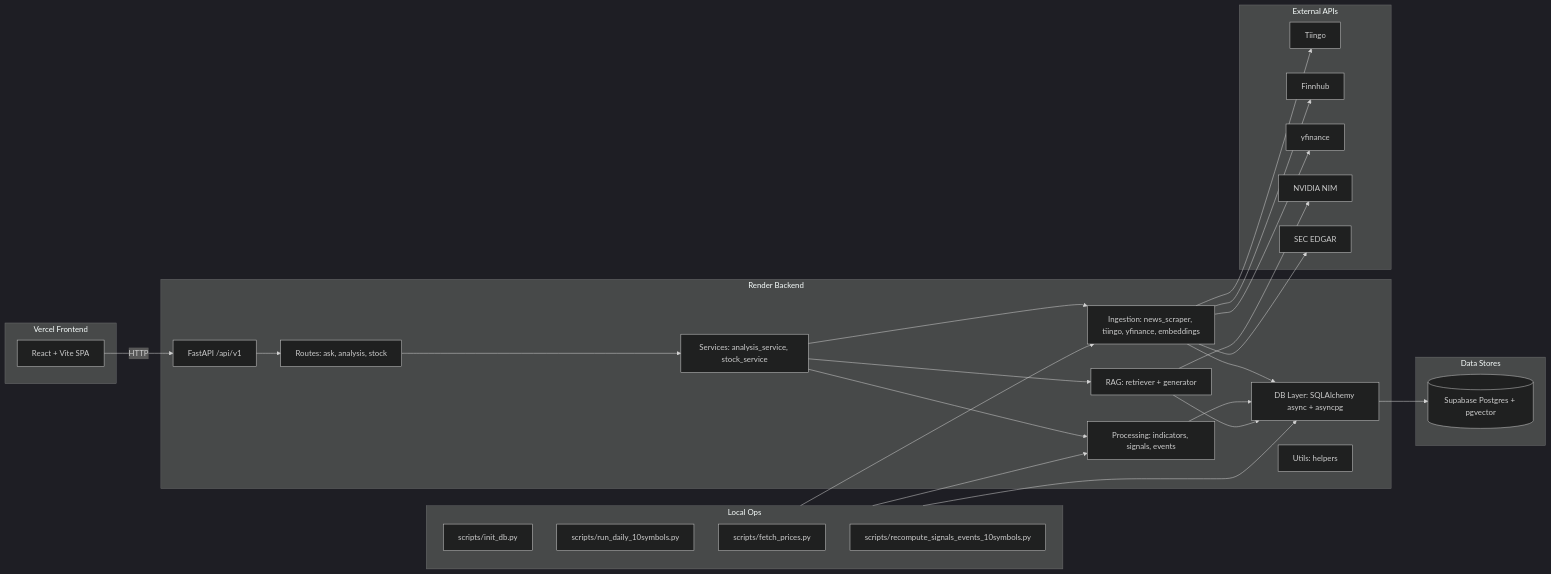
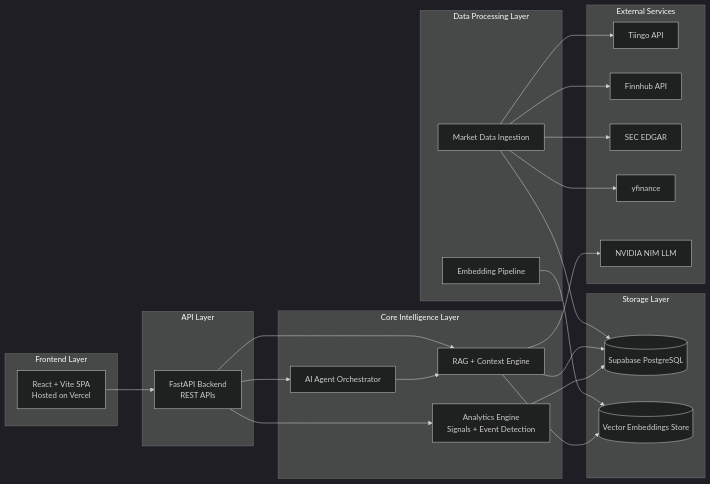
Before and after one commit to Maverick7t/stock_research: the diagram in README.md, drawn with Mermaid (dark theme). The commit also changed other lines of this file, not shown here.

````diff
--- a/README.md
+++ b/README.md
@@ -9,57 +9,88 @@
 ```mermaid
 flowchart LR
-	subgraph Frontend[Vercel Frontend]
-		FE[React + Vite SPA]
-	end
 
-	subgraph Backend[Render Backend]
-		API[FastAPI /api/v1]
-		Routes[Routes: ask, analysis, stock]
-		Services[Services: analysis_service, stock_service]
-		RAG[RAG: retriever + generator]
-		Processing[Processing: indicators, signals, events]
-		Ingestion[Ingestion: news_scraper, tiingo, yfinance, embeddings]
-		DBLayer[DB Layer: SQLAlchemy async + asyncpg]
-		Utils[Utils: helpers]
-	end
+    %% =========================
+    %% Frontend
+    %% =========================
+    subgraph FRONTEND["Frontend Layer"]
+        FE["React + Vite SPA
+        Hosted on Vercel"]
+    end
 
-	subgraph Data[Data Stores]
-		PG[(Supabase Postgres + pgvector)]
-	end
+    %% =========================
+    %% API
+    %% =========================
+    subgraph API["API Layer"]
+        FASTAPI["FastAPI Backend
+        REST APIs"]
+    end
 
-	subgraph External[External APIs]
-		TIINGO[Tiingo]
-		FINNHUB[Finnhub]
-		YF[yfinance]
-		NVIDIA[NVIDIA NIM]
-		EDGAR[SEC EDGAR]
-	end
+    %% =========================
+    %% Core Intelligence
+    %% =========================
+    subgraph CORE["Core Intelligence Layer"]
+        AGENTS["AI Agent Orchestrator"]
+        RAG["RAG + Context Engine"]
+        ANALYTICS["Analytics Engine
+        Signals + Event Detection"]
+    end
 
-	subgraph Ops[Local Ops]
-		S1[scripts/init_db.py]
-		S2[scripts/run_daily_10symbols.py]
-		S3[scripts/fetch_prices.py]
-		S4[scripts/recompute_signals_events_10symbols.py]
-	end
+    %% =========================
+    %% Processing
+    %% =========================
+    subgraph PROCESSING["Data Processing Layer"]
+        INGEST["Market Data Ingestion"]
+        EMBED["Embedding Pipeline"]
+    end
 
-	FE -->|HTTP| API
-	API --> Routes
-	Routes --> Services
-	Services --> RAG
-	Services --> Processing
-	Services --> Ingestion
-	Ingestion --> DBLayer
-	Processing --> DBLayer
-	RAG --> DBLayer
-	DBLayer --> PG
+    %% =========================
+    %% Storage
+    %% =========================
+    subgraph STORAGE["Storage Layer"]
+        POSTGRES[("Supabase PostgreSQL")]
+        VECTOR[("Vector Embeddings Store")]
+    end
 
-	Ingestion --> TIINGO
-	Ingestion --> FINNHUB
-	Ingestion --> YF
-	Ingestion --> EDGAR
-	RAG --> NVIDIA
+    %% =========================
+    %% External APIs
+    %% =========================
+    subgraph EXTERNAL["External Services"]
+        TIINGO["Tiingo API"]
+        FINNHUB["Finnhub API"]
+        EDGAR["SEC EDGAR"]
+        YFINANCE["yfinance"]
+        NVIDIA["NVIDIA NIM LLM"]
+    end
 
-	Ops --> DBLayer
-	Ops --> Ingestion
-	Ops --> Processing
+    %% =========================
+    %% User Flow
+    %% =========================
+    FE --> FASTAPI
+
+    FASTAPI --> AGENTS
+    FASTAPI --> RAG
+    FASTAPI --> ANALYTICS
+
+    AGENTS --> RAG
+
+    %% =========================
+    %% Data Flow
+    %% =========================
+    INGEST --> TIINGO
+    INGEST --> FINNHUB
+    INGEST --> EDGAR
+    INGEST --> YFINANCE
+
+    INGEST --> POSTGRES
+
+    EMBED --> VECTOR
+
+    %% =========================
+    %% Intelligence Access
+    %% =========================
+    RAG --> POSTGRES
+    RAG --> VECTOR
+    RAG --> NVIDIA
+
+    ANALYTICS --> POSTGRES
 ```
````
